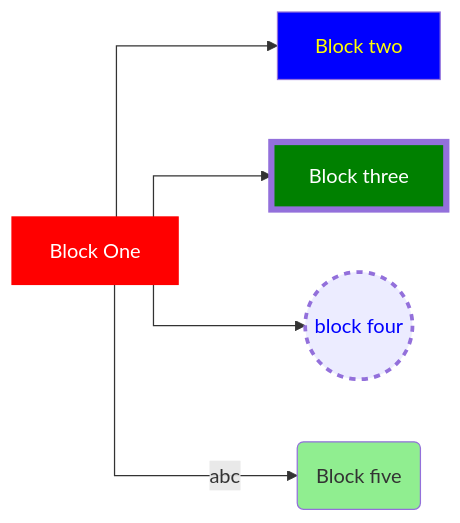
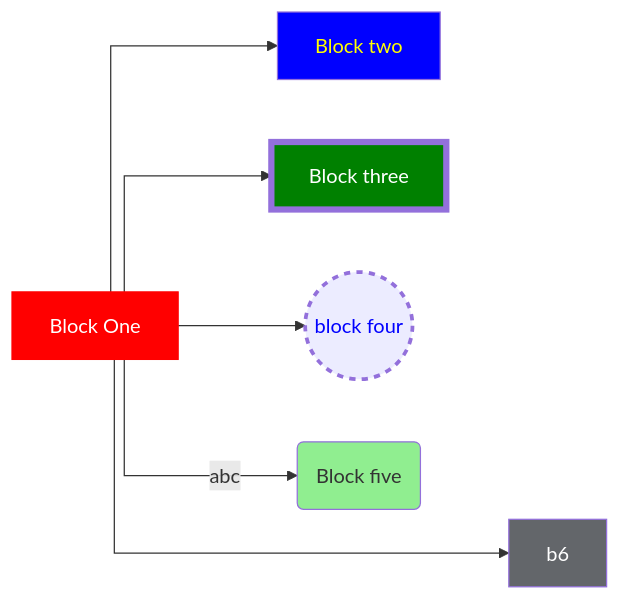
One commit to stephening/testmermaid changed the first of 2 diagrams in README.md. Above: the diagram before and after it, drawn with Mermaid.

````diff
--- a/README.md
+++ b/README.md
@@ -4,14 +4,15 @@
 ```mermaid
 %%{ init: { 'flowchart': { 'curve': 'stepBefore' } } }%%
 graph LR
 classDef grayBlock fill:#63666a,color:#fff
 b1[Block One]-->b2[Block two]
 style b1 fill:red,stroke:red,shadow:shadow,color:white
 style b2 fill:blue,color:yellow
 b1-->b3[Block three]
 style b3 fill:green,color:white,stroke-width:5px
 b1-->b4((block four))
 style b4 stroke-width:3,stroke-dasharray:5 5,color:blue
 b1--abc-->b5(Block five)
 style b5 fill:lightgreen
+b1--->b6:::grayBlock
 ```
````
